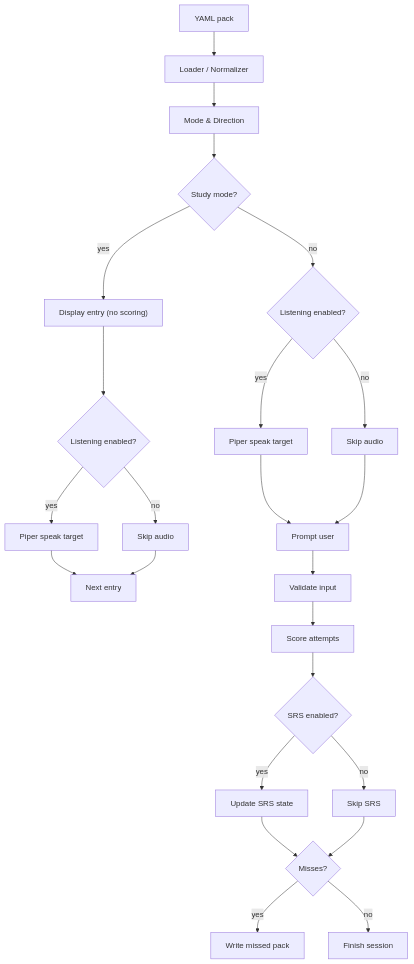
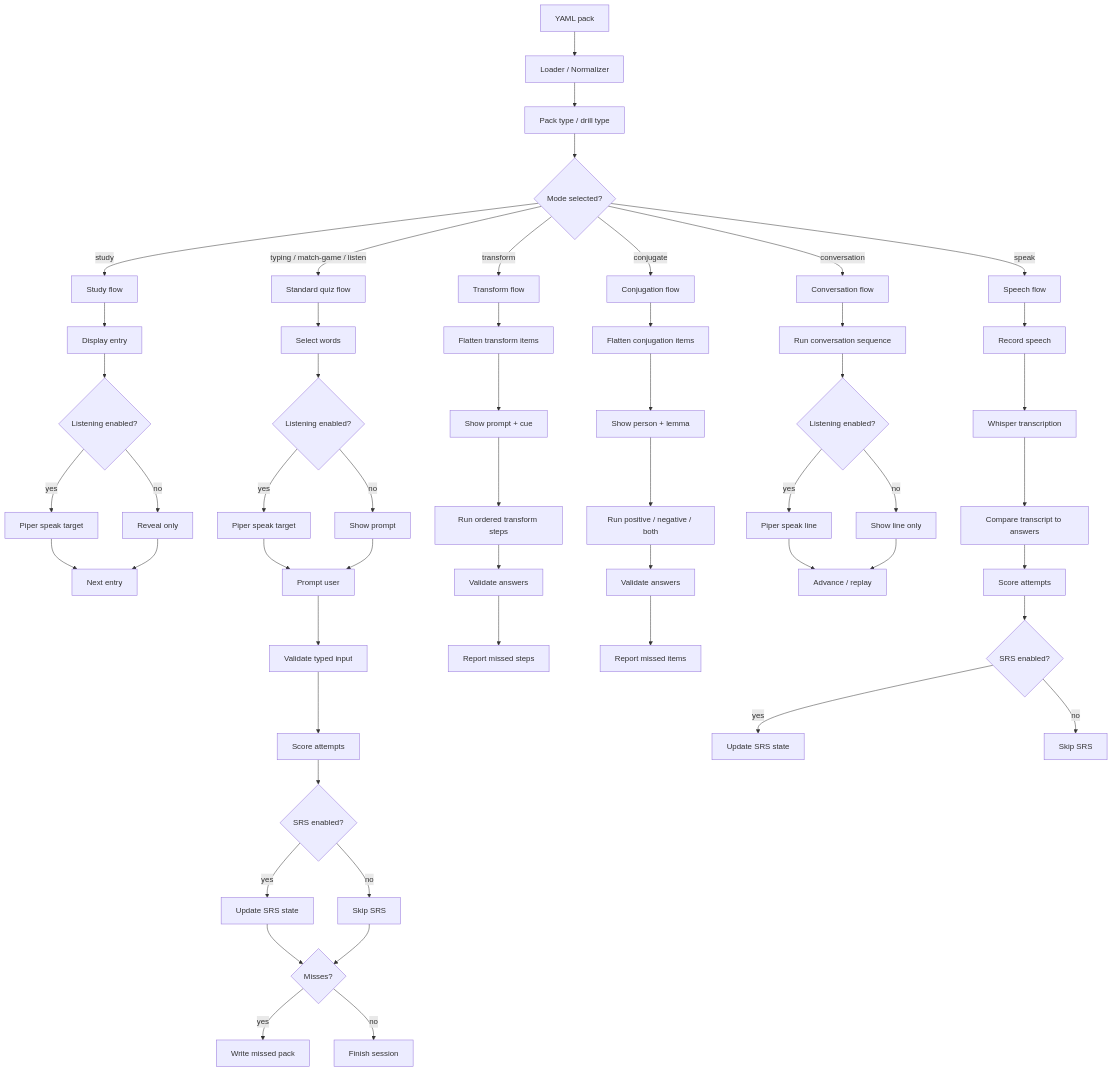
One commit to wbrisett/linguatrain changed the diagram in README.md. Above: the diagram before and after it, drawn with Mermaid. The commit also changed other lines of this file and 6 other files, not shown here.

````diff
--- a/README.md
+++ b/README.md
@@ -441,26 +720,63 @@
 ``` mermaid
 flowchart TD
   A["YAML pack"] --> B["Loader / Normalizer"]
-  B --> C["Mode & Direction"]
-  C --> D{"Study mode?"}
-  D -- yes --> E["Display entry (no scoring)"]
-  E --> F{"Listening enabled?"}
-  F -- yes --> G["Piper speak target"]
-  F -- no --> H["Skip audio"]
-  G --> I["Next entry"]
-  H --> I
-  D -- no --> J{"Listening enabled?"}
-  J -- yes --> K["Piper speak target"]
-  J -- no --> L["Skip audio"]
-  K --> M["Prompt user"]
-  L --> M
-  M --> N["Validate input"]
-  N --> O["Score attempts"]
-  O --> P{"SRS enabled?"}
-  P -- yes --> Q["Update SRS state"]
-  P -- no --> R["Skip SRS"]
-  Q --> S{"Misses?"}
-  R --> S
-  S -- yes --> T["Write missed pack"]
-  S -- no --> U["Finish session"]
+  B --> C["Pack type / drill type"]
+  C --> D{"Mode selected?"}
+
+  D -- study --> E["Study flow"]
+  D -- typing / match-game / listen --> F["Standard quiz flow"]
+  D -- transform --> G["Transform flow"]
+  D -- conjugate --> H["Conjugation flow"]
+  D -- conversation --> I["Conversation flow"]
+  D -- speak --> J["Speech flow"]
+
+  E --> E1["Display entry"]
+  E1 --> E2{"Listening enabled?"}
+  E2 -- yes --> E3["Piper speak target"]
+  E2 -- no --> E4["Reveal only"]
+  E3 --> E5["Next entry"]
+  E4 --> E5
+
+  F --> F1["Select words"]
+  F1 --> F2{"Listening enabled?"}
+  F2 -- yes --> F3["Piper speak target"]
+  F2 -- no --> F4["Show prompt"]
+  F3 --> F5["Prompt user"]
+  F4 --> F5
+  F5 --> F6["Validate typed input"]
+  F6 --> F7["Score attempts"]
+  F7 --> F8{"SRS enabled?"}
+  F8 -- yes --> F9["Update SRS state"]
+  F8 -- no --> F10["Skip SRS"]
+  F9 --> F11{"Misses?"}
+  F10 --> F11
+  F11 -- yes --> F12["Write missed pack"]
+  F11 -- no --> F13["Finish session"]
+
+  G --> G1["Flatten transform items"]
+  G1 --> G2["Show prompt + cue"]
+  G2 --> G3["Run ordered transform steps"]
+  G3 --> G4["Validate answers"]
+  G4 --> G5["Report missed steps"]
+
+  H --> H1["Flatten conjugation items"]
+  H1 --> H2["Show person + lemma"]
+  H2 --> H3["Run positive / negative / both"]
+  H3 --> H4["Validate answers"]
+  H4 --> H5["Report missed items"]
+
+  I --> I1["Run conversation sequence"]
+  I1 --> I2{"Listening enabled?"}
+  I2 -- yes --> I3["Piper speak line"]
+  I2 -- no --> I4["Show line only"]
+  I3 --> I5["Advance / replay"]
+  I4 --> I5
+
+  J --> J1["Record speech"]
+  J1 --> J2["Whisper transcription"]
+  J2 --> J3["Compare transcript to answers"]
+  J3 --> J4["Score attempts"]
+  J4 --> J5{"SRS enabled?"}
+  J5 -- yes --> J6["Update SRS state"]
+  J5 -- no --> J7["Skip SRS"]
 ```
````
